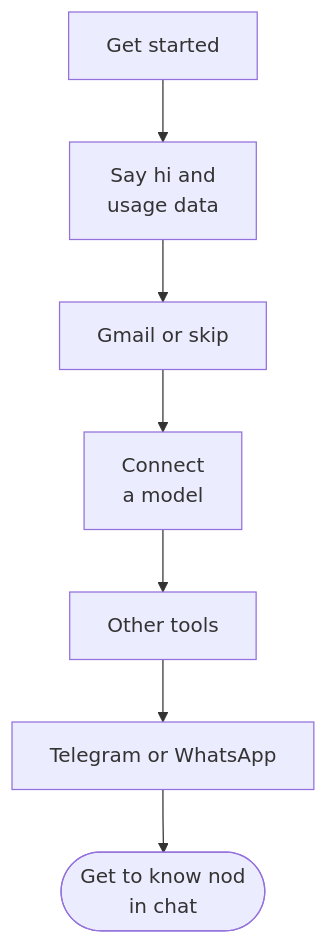
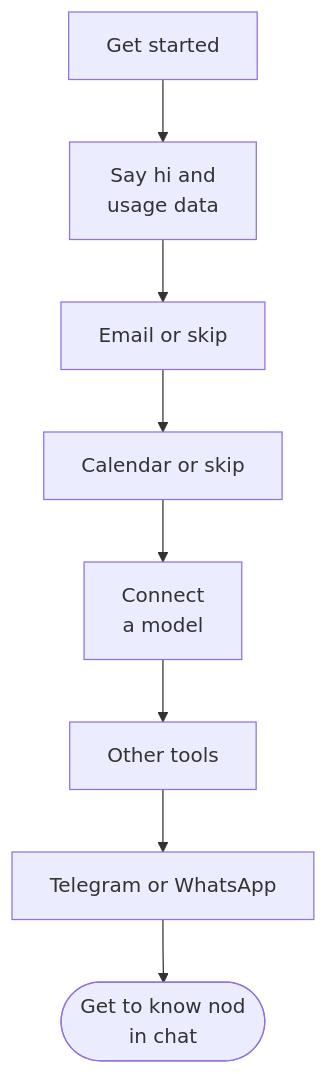
Before and after one commit to MichielMAnalytics/nod: the diagram in docs/src/content/docs/get-started/first-conversation.mdx, drawn with Mermaid. The commit also changed other lines of this file and 29 other files, not shown here.

````diff
--- a/docs/src/content/docs/get-started/first-conversation.mdx
+++ b/docs/src/content/docs/get-started/first-conversation.mdx
@@ -16,9 +16,10 @@
 ```mermaid
 flowchart TD
   start[Get started] --> hi[Say hi and<br/>usage data]
-  hi --> gmail[Gmail or skip]:::muted
-  gmail --> model[Connect<br/>a model]:::accent
+  hi --> email[Email or skip]:::muted
+  email --> calendar[Calendar or skip]:::muted
+  calendar --> model[Connect<br/>a model]:::accent
   model --> apps[Other tools]:::muted
   apps --> messaging[Telegram or WhatsApp]:::muted
   messaging --> chat([Get to know nod<br/>in chat]):::go
 ```
````
